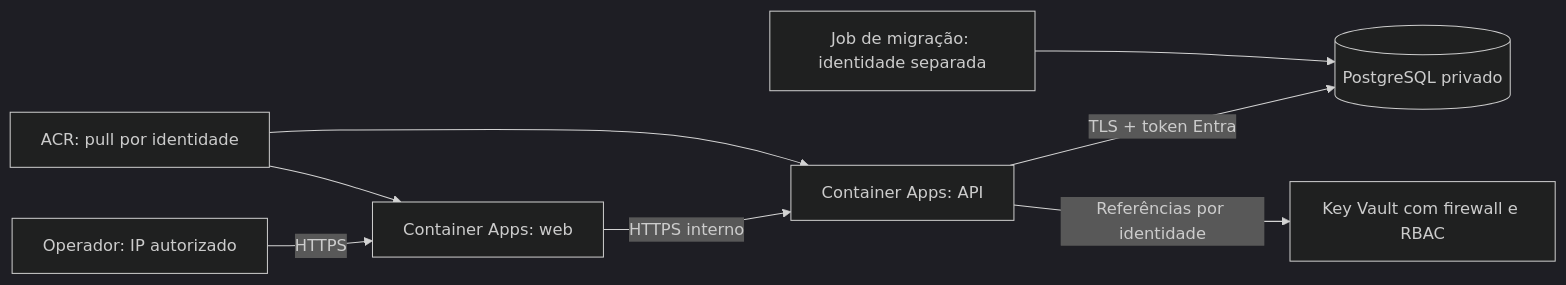
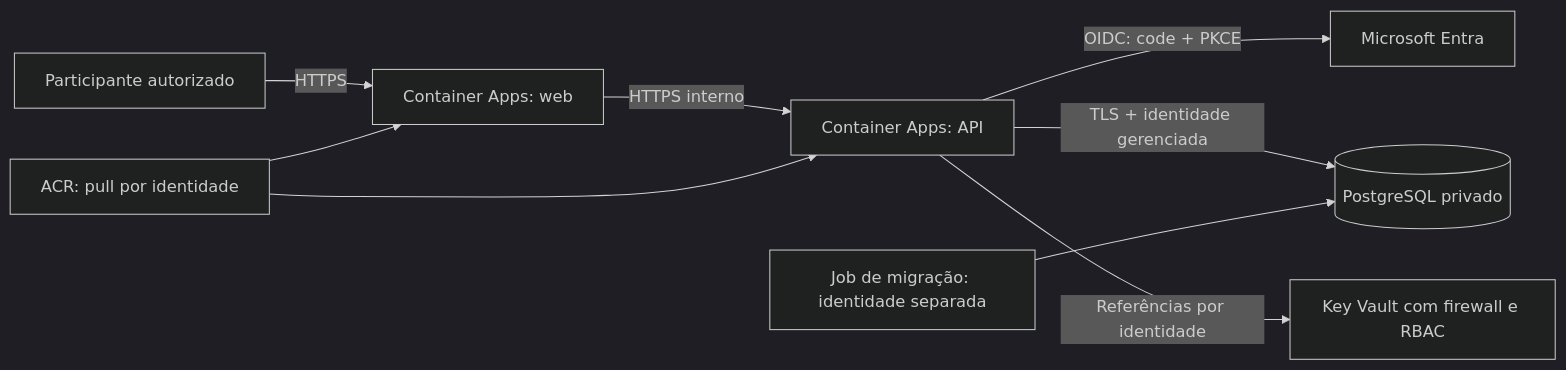
The diagram in infra/azure/README.md (augustojoselg/adote1desempregado), drawn with Mermaid (dark theme) before and after one commit. The commit also changed other lines of this file and 36 other files, not shown here.

````diff
--- a/infra/azure/README.md
+++ b/infra/azure/README.md
@@ -17,10 +7,11 @@
 ```mermaid
 flowchart LR
-  O[Operador: IP autorizado] -->|HTTPS| W[Container Apps: web]
+  U[Participante autorizado] -->|HTTPS| W[Container Apps: web]
   W -->|HTTPS interno| A[Container Apps: API]
-  A -->|TLS + token Entra| P[(PostgreSQL privado)]
+  A -->|OIDC: code + PKCE| E[Microsoft Entra]
+  A -->|TLS + identidade gerenciada| P[(PostgreSQL privado)]
   A -->|Referências por identidade| K[Key Vault com firewall e RBAC]
   J[Job de migração: identidade separada] --> P
   R[ACR: pull por identidade] --> W
   R --> A
 ```
````
